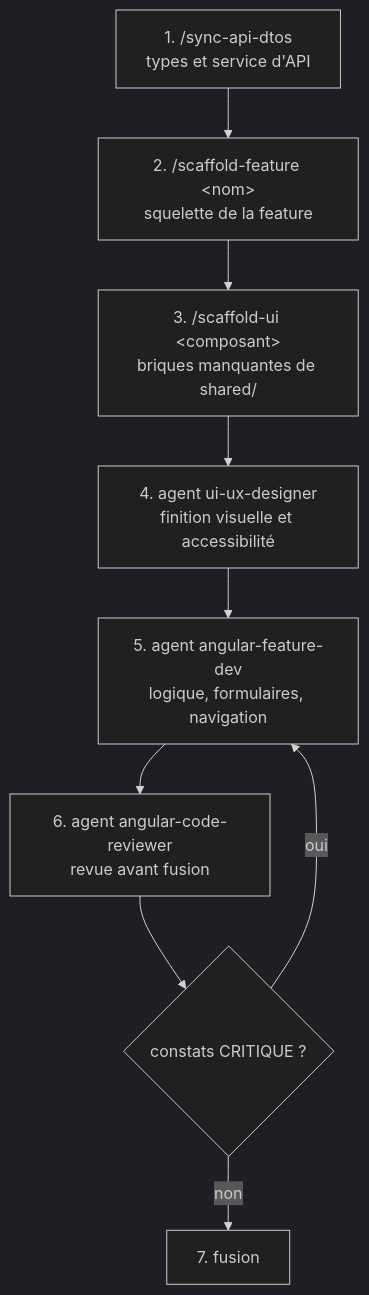
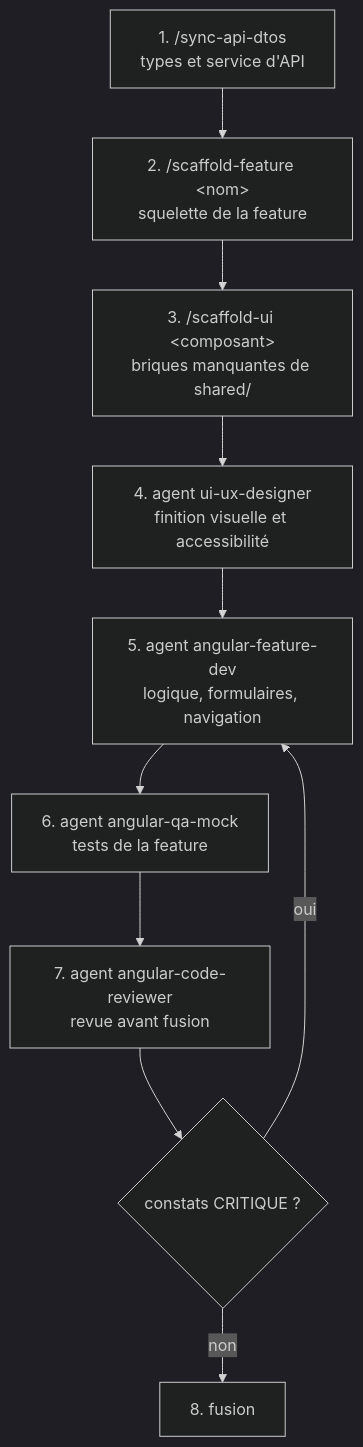
One commit to benamarfaiez/AssetFlow_Core changed the second of 2 diagrams in doc/IMPLEMENTATION-PLAN.md. Above: the diagram before and after it, drawn with Mermaid (dark theme). The commit also changed other lines of this file and 2 other files, not shown here.

````diff
--- a/doc/IMPLEMENTATION-PLAN.md
+++ b/doc/IMPLEMENTATION-PLAN.md
@@ -509,11 +529,12 @@
 ```mermaid
 flowchart TB
     A["1. /sync-api-dtos<br/>types et service d'API"] --> B["2. /scaffold-feature &lt;nom&gt;<br/>squelette de la feature"]
     B --> C["3. /scaffold-ui &lt;composant&gt;<br/>briques manquantes de shared/"]
     C --> D["4. agent ui-ux-designer<br/>finition visuelle et accessibilité"]
     D --> E["5. agent angular-feature-dev<br/>logique, formulaires, navigation"]
-    E --> F["6. agent angular-code-reviewer<br/>revue avant fusion"]
-    F --> G{"constats CRITIQUE ?"}
-    G -- oui --> E
-    G -- non --> H["7. fusion"]
+    E --> F["6. agent angular-qa-mock<br/>tests de la feature"]
+    F --> G["7. agent angular-code-reviewer<br/>revue avant fusion"]
+    G --> H{"constats CRITIQUE ?"}
+    H -- oui --> E
+    H -- non --> I["8. fusion"]
 ```
````
